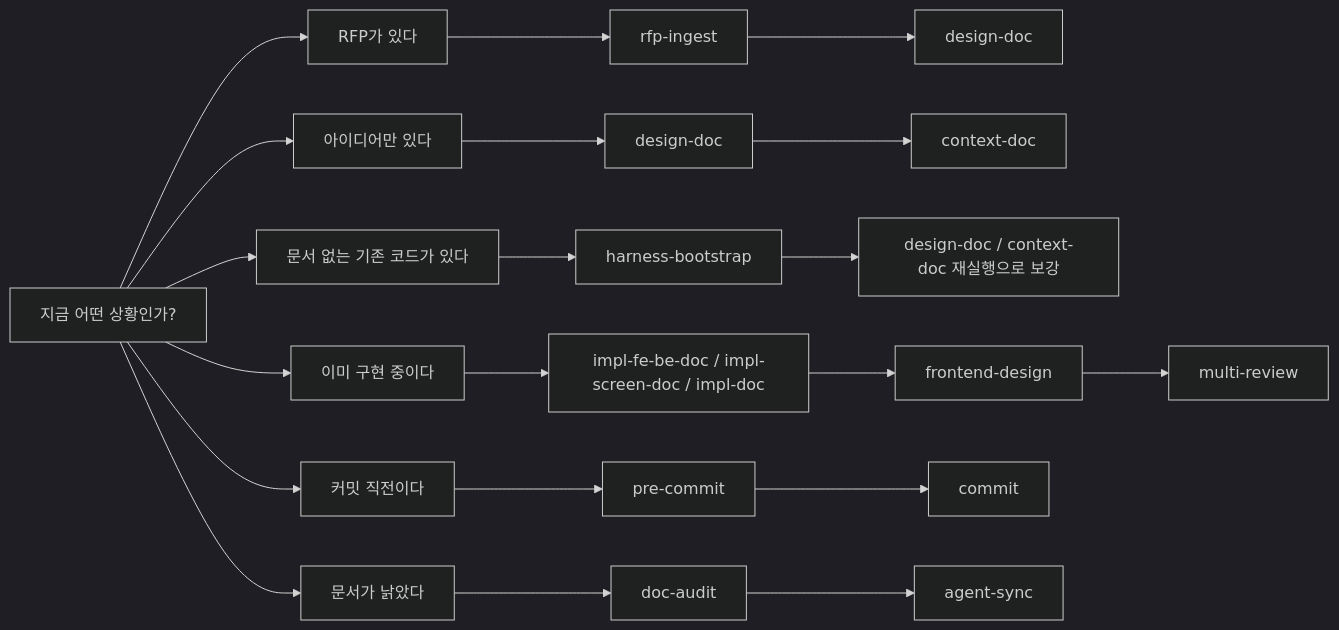
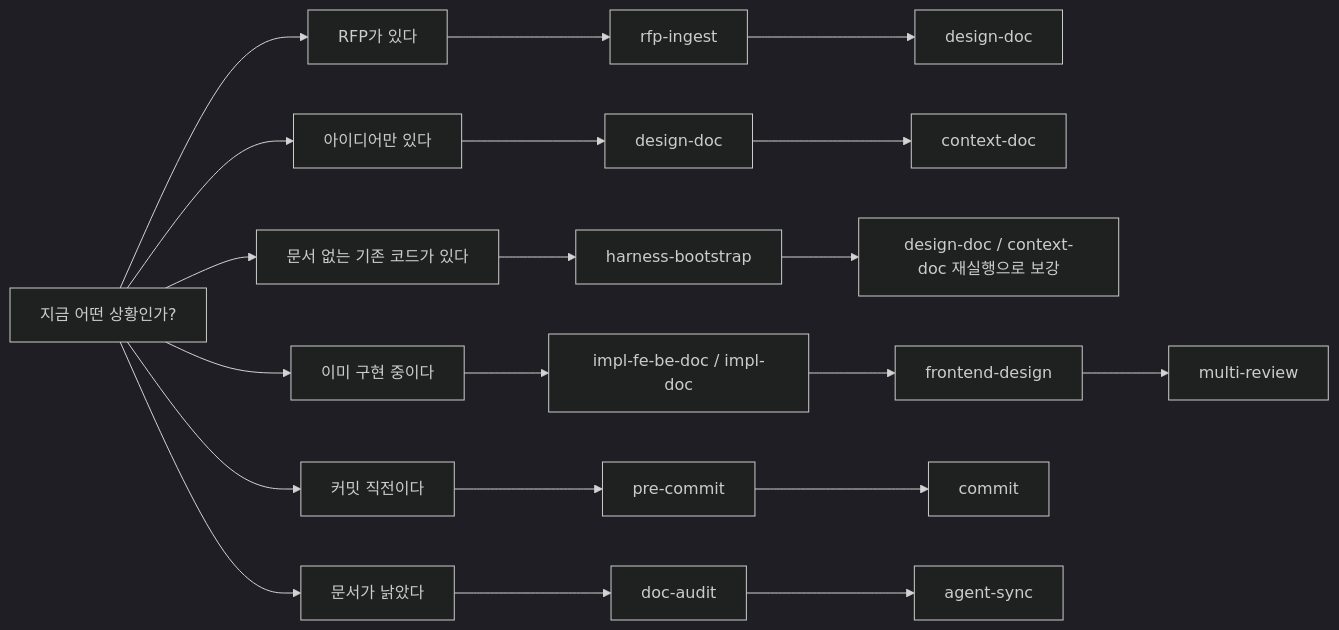
The fourth of 8 diagrams in Harness_Engineering_Intro.md (hb9397/AI_Agent_docs), drawn with Mermaid (dark theme) before and after one commit. The commit also changed other lines of this file and 16 other files, not shown here.

````diff
--- a/Harness_Engineering_Intro.md
+++ b/Harness_Engineering_Intro.md
@@ -191,28 +190,28 @@
 ```mermaid
 flowchart LR
     A["지금 어떤 상황인가?"] --> B["RFP가 있다"]
     A --> C["아이디어만 있다"]
     A --> G["문서 없는 기존 코드가 있다"]
     A --> D["이미 구현 중이다"]
     A --> E["커밋 직전이다"]
     A --> F["문서가 낡았다"]
 
     B --> B1["rfp-ingest"]
     B1 --> B2["design-doc"]
 
     C --> C1["design-doc"]
     C1 --> C2["context-doc"]
 
     G --> G1["harness-bootstrap"]
     G1 --> G2["design-doc / context-doc 재실행으로 보강"]
 
-    D --> D1["impl-fe-be-doc / impl-screen-doc / impl-doc"]
+    D --> D1["impl-fe-be-doc / impl-doc"]
     D1 --> D2["frontend-design"]
     D2 --> D3["multi-review"]
 
     E --> E1["pre-commit"]
     E1 --> E2["commit"]
 
     F --> F1["doc-audit"]
     F1 --> F2["agent-sync"]
 ```
````
